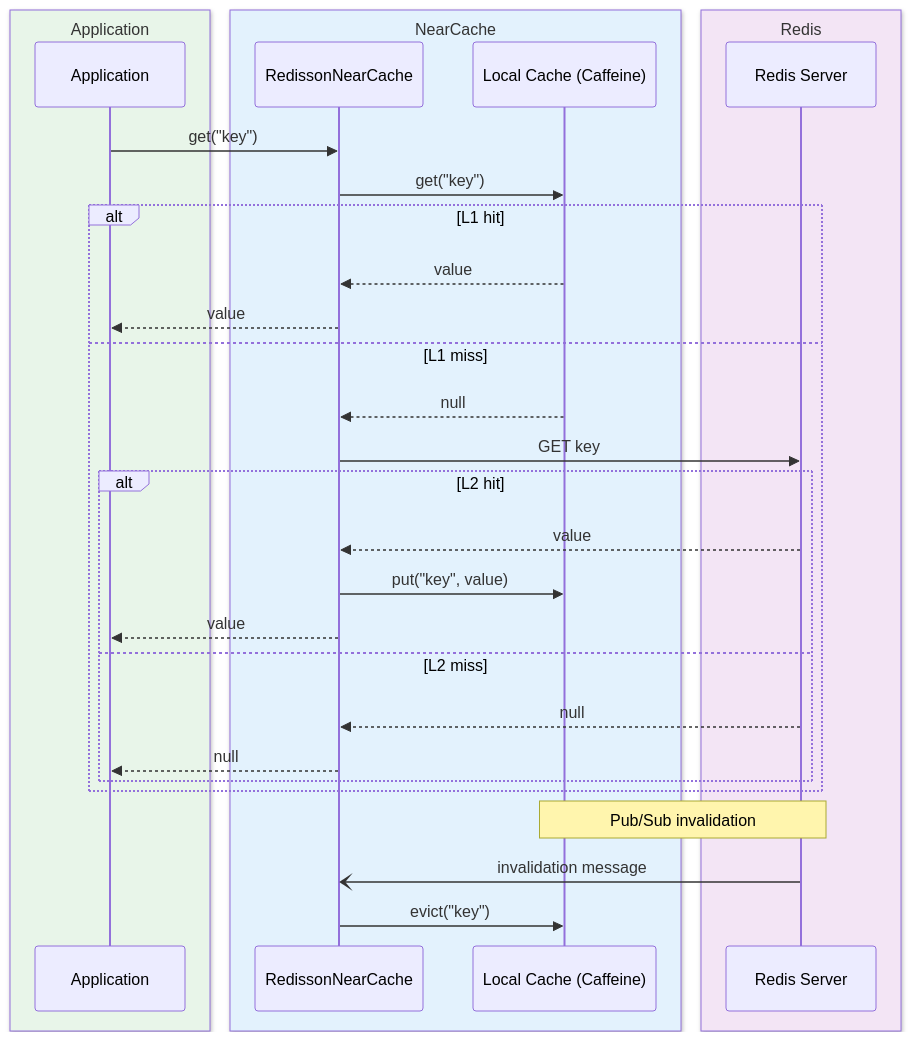
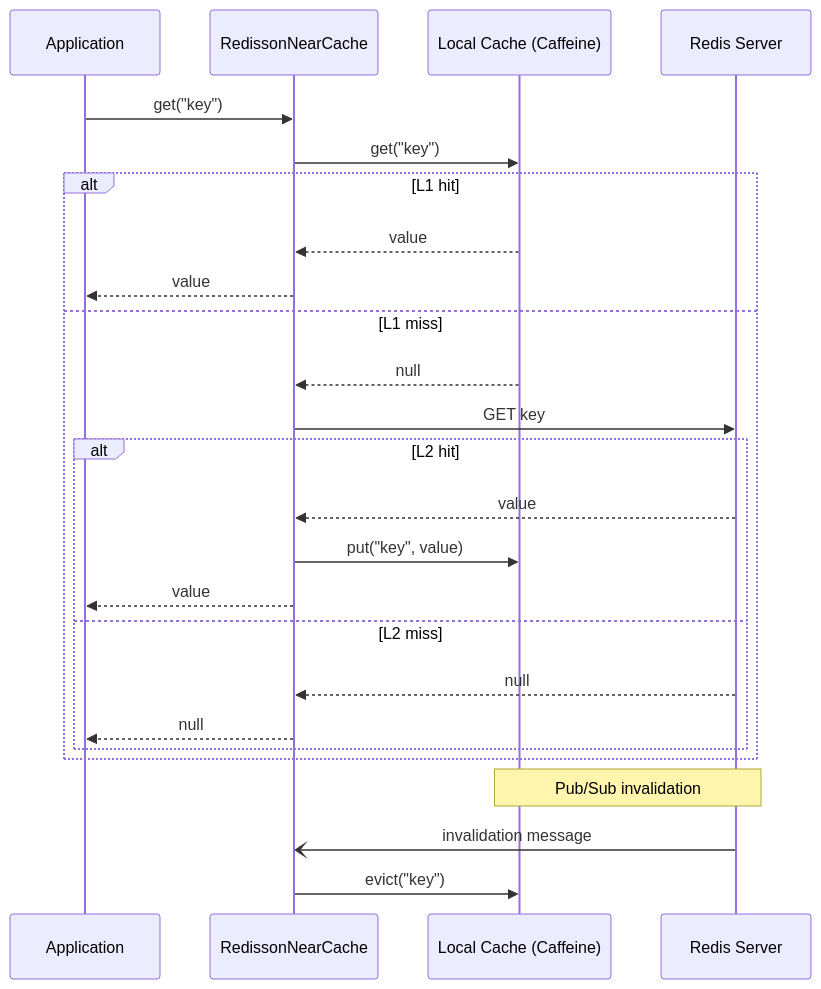
The second of 2 diagrams in infra/cache-redisson/README.md (bluetape4k/bluetape4k-projects), drawn with Mermaid before and after one commit. The commit also changed other lines of this file and 219 other files, not shown here.

First line of the commit message:
docs: 전체 README Mermaid 다이어그램 가이드 적용

````diff
--- a/infra/cache-redisson/README.md
+++ b/infra/cache-redisson/README.md
@@ -114,35 +114,29 @@
 ```mermaid
 sequenceDiagram
-    box rgb(232,245,233) Application
     participant App as Application
-    end
-    box rgb(227,242,253) NearCache
     participant NC as RedissonNearCache
     participant L1 as Local Cache (Caffeine)
-    end
-    box rgb(243,229,245) Redis
     participant L2 as Redis Server
-    end
 
     App->>NC: get("key")
     NC->>L1: get("key")
     alt L1 hit
         L1-->>NC: value
         NC-->>App: value
     else L1 miss
         L1-->>NC: null
         NC->>L2: GET key
         alt L2 hit
             L2-->>NC: value
             NC->>L1: put("key", value)
             NC-->>App: value
         else L2 miss
             L2-->>NC: null
             NC-->>App: null
         end
     end
 
     Note over L2,L1: Pub/Sub invalidation
     L2-)NC: invalidation message
     NC->>L1: evict("key")
 ```
````
